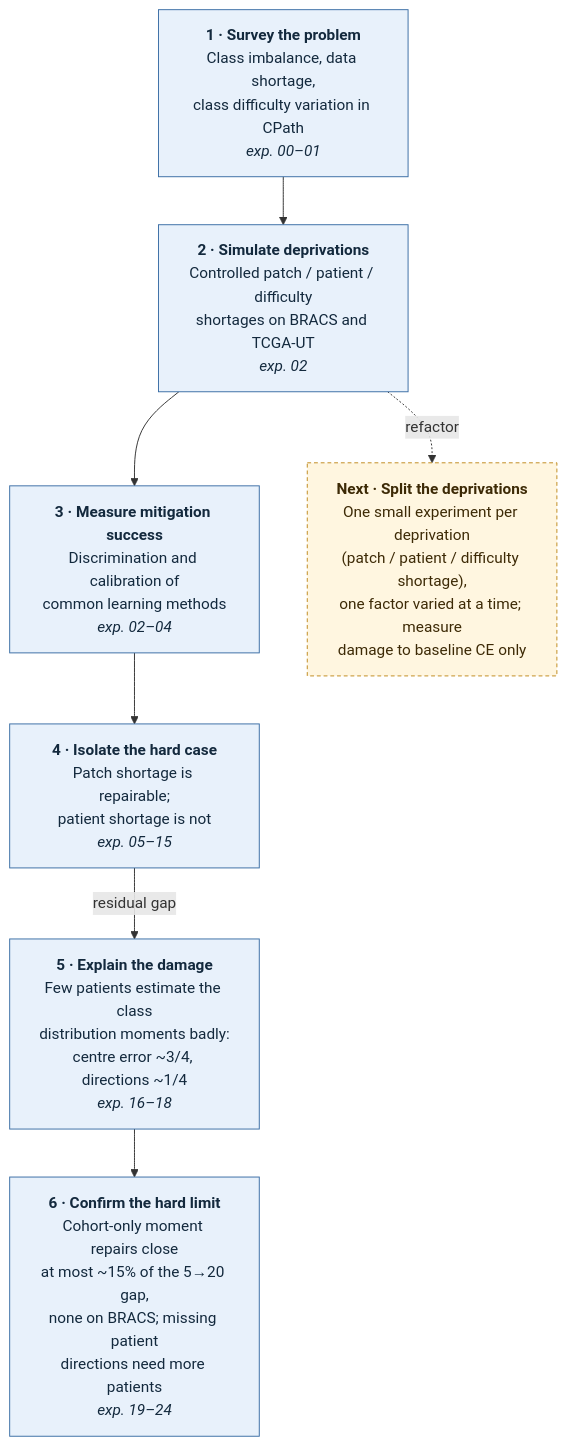
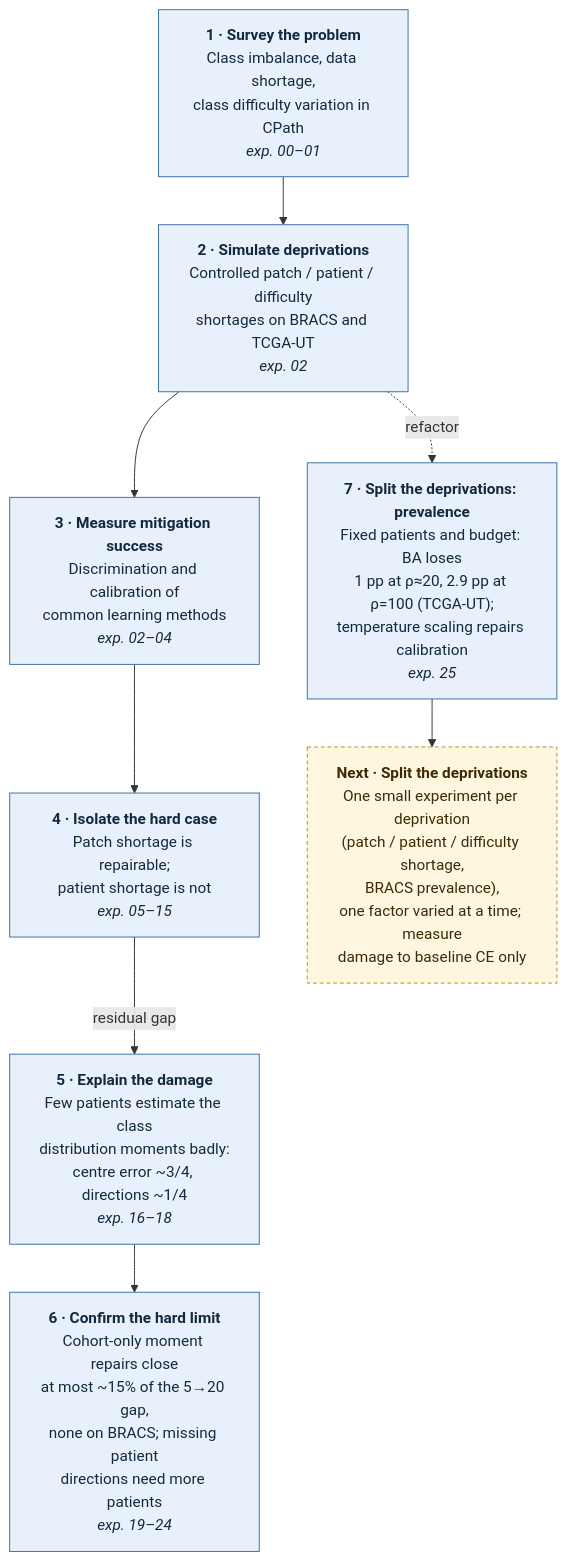
One commit to devWhyqueue/master-thesis changed the diagram in README.md. Above: the diagram before and after it, drawn with Mermaid. The commit also changed 11 other files, not shown here.

First line of the commit message:
docs(exp25): add TCGA-UT prevalence imbalance report

````diff
--- a/README.md
+++ b/README.md
@@ -7,19 +7,20 @@
 ```mermaid
 flowchart TD
     S1["<b>1 · Survey the problem</b><br/>Class imbalance, data shortage,<br/>class difficulty variation in CPath<br/><i>exp. 00–01</i>"]
     S2["<b>2 · Simulate deprivations</b><br/>Controlled patch / patient / difficulty<br/>shortages on BRACS and TCGA-UT<br/><i>exp. 02</i>"]
     S3["<b>3 · Measure mitigation success</b><br/>Discrimination and calibration of<br/>common learning methods<br/><i>exp. 02–04</i>"]
     S4["<b>4 · Isolate the hard case</b><br/>Patch shortage is repairable;<br/>patient shortage is not<br/><i>exp. 05–15</i>"]
     S5["<b>5 · Explain the damage</b><br/>Few patients estimate the class<br/>distribution moments badly:<br/>centre error ~3/4, directions ~1/4<br/><i>exp. 16–18</i>"]
     S6["<b>6 · Confirm the hard limit</b><br/>Cohort-only moment repairs close<br/>at most ~15% of the 5→20 gap,<br/>none on BRACS; missing patient<br/>directions need more patients<br/><i>exp. 19–24</i>"]
 
-    N1["<b>Next · Split the deprivations</b><br/>One small experiment per deprivation<br/>(patch / patient / difficulty shortage),<br/>one factor varied at a time; measure<br/>damage to baseline CE only"]
+    S7["<b>7 · Split the deprivations: prevalence</b><br/>Fixed patients and budget: BA loses<br/>1 pp at ρ≈20, 2.9 pp at ρ=100 (TCGA-UT);<br/>temperature scaling repairs calibration<br/><i>exp. 25</i>"]
+    N1["<b>Next · Split the deprivations</b><br/>One small experiment per deprivation<br/>(patch / patient / difficulty shortage,<br/>BRACS prevalence),<br/>one factor varied at a time; measure<br/>damage to baseline CE only"]
 
     S1 --> S2 --> S3 --> S4 -- "residual gap" --> S5 --> S6
-    S2 -. "refactor" .-> N1
+    S2 -. "refactor" .-> S7 --> N1
 
     classDef done fill:#e8f1fb,stroke:#3b6ea5,stroke-width:1px,color:#13293d;
     classDef next fill:#fff6e0,stroke:#c08a1e,stroke-width:1px,stroke-dasharray:4 3,color:#3d2a06;
-    class S1,S2,S3,S4,S5,S6 done;
+    class S1,S2,S3,S4,S5,S6,S7 done;
     class N1 next;
 ```
````
